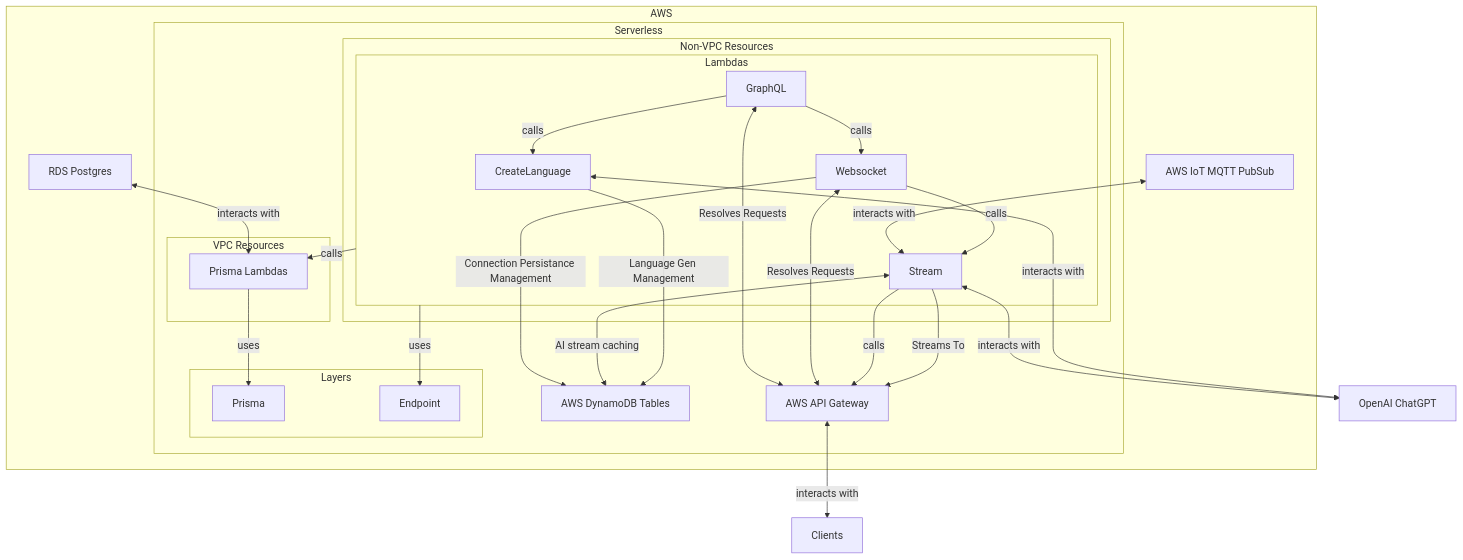
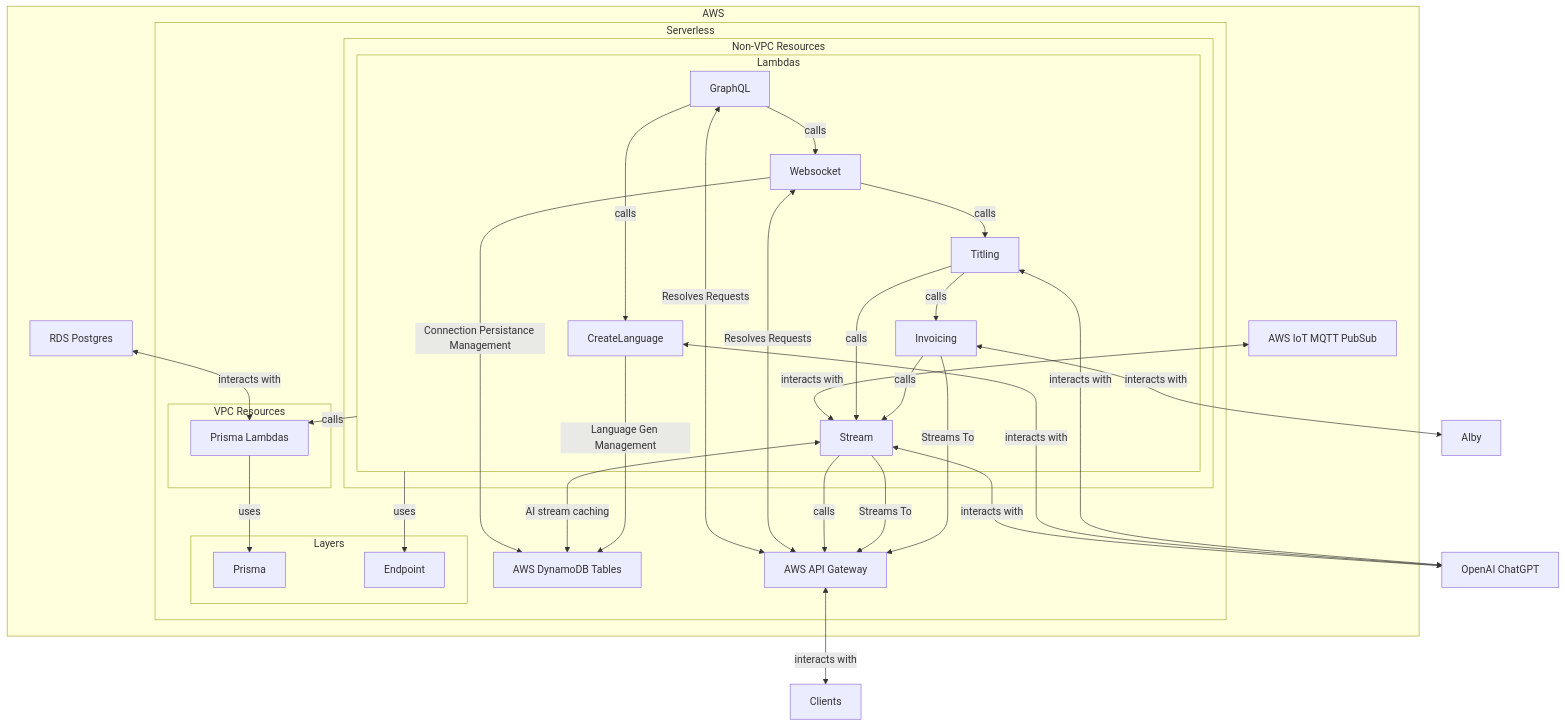
One commit to GildedPleb/bitcoin-helps changed the second of 3 diagrams in README.md. Above: the diagram before and after it, drawn with Mermaid. The commit also changed other lines of this file, not shown here.

````diff
--- a/README.md
+++ b/README.md
@@ -103,58 +113,68 @@
 ```mermaid
 flowchart TB
   subgraph "AWS"
     subgraph "Serverless"
       APIG["AWS API Gateway"]
       DYNAMO["AWS DynamoDB Tables"]
 
       subgraph "Non-VPC Resources"
         subgraph "Lambdas"
           CreateLanguage["CreateLanguage"]
           Websocket["Websocket"]
+          Titling["Titling"]
+          Invoicing["Invoicing"]
           GraphQL["GraphQL"]
           Stream["Stream"]
         end
       end
 
       subgraph "VPC Resources"
         PrismaLambdas["Prisma Lambdas"]
       end
 
       subgraph "Layers"
         Prisma["Prisma"]
         Endpoint["Endpoint"]
       end
     end
     RDS_Postgres["RDS Postgres"]
     AWS_IoT["AWS IoT MQTT PubSub"]
   end
 
   OpenAIGPT["OpenAI ChatGPT"]
+  Alby["Alby"]
   Internet["Clients"]
-
 
   Lambdas-->|uses|Endpoint
   PrismaLambdas-->|uses|Prisma
 
   Websocket-->|Connection Persistance Management|DYNAMO
   Stream<-->|AI stream caching|DYNAMO
   CreateLanguage-->|Language Gen Management|DYNAMO
 
   Lambdas-->|calls|PrismaLambdas
   RDS_Postgres<-->|interacts with|PrismaLambdas
 
   Stream<-->|interacts with|OpenAIGPT
   CreateLanguage<-->|interacts with|OpenAIGPT
+  Titling<-->|interacts with|OpenAIGPT
 
   GraphQL<-->|Resolves Requests|APIG
   Websocket<-->|Resolves Requests|APIG
   Stream-->|calls|APIG
   Stream-->|Streams To|APIG
+  Invoicing-->|Streams To|APIG
 
   APIG<-->|interacts with|Internet
   AWS_IoT<-->|interacts with|Stream
 
-  Websocket-->|calls|Stream
+  Websocket-->|calls|Titling
+  Titling-->|calls|Stream
+  Titling-->|calls|Invoicing
+  Invoicing<-->|interacts with|Alby
+  Invoicing-->|calls|Stream
+
   GraphQL-->|calls|CreateLanguage
   GraphQL-->|calls|Websocket
+
 ```
````
